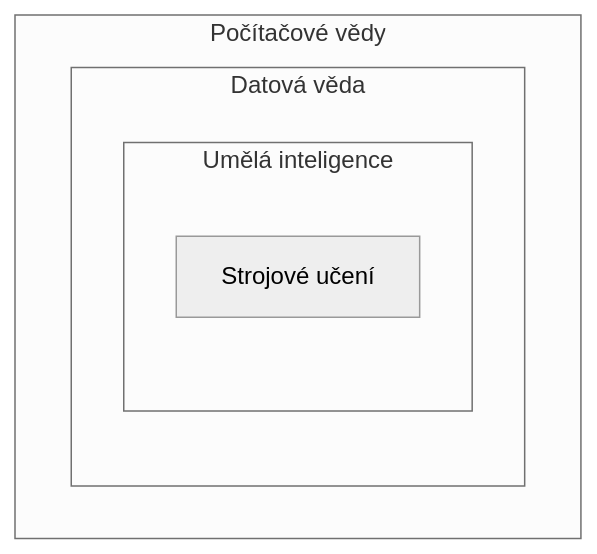
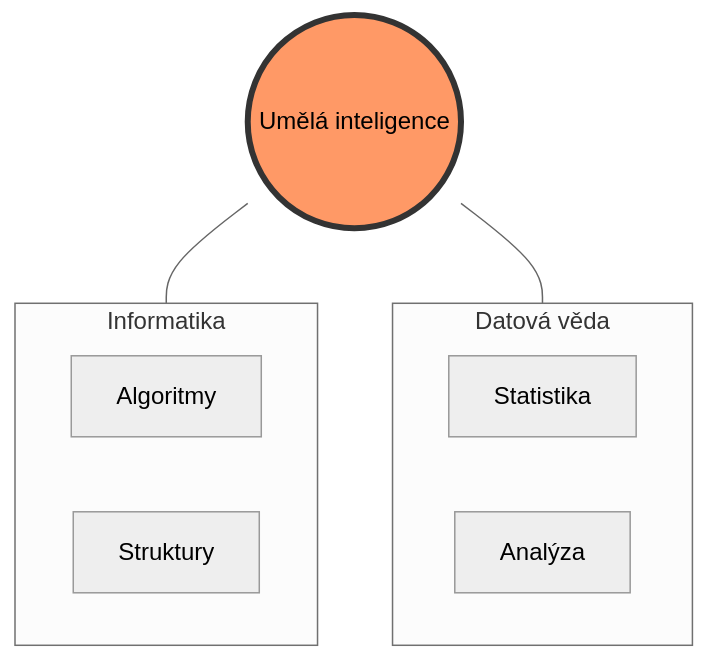
The first of 2 diagrams in src/content/docs/ai/index.md (j-ochmann/j-ochmann.github.io), drawn with Mermaid (neutral theme) before and after one commit.

Commit message:
Update AI diagram and terminology in index.md

````diff
--- a/src/content/docs/ai/index.md
+++ b/src/content/docs/ai/index.md
@@ -13,11 +13,20 @@
 ```mermaid
 graph TD
-    subgraph CS [Počítačové vědy]
-        subgraph DS [Datová věda]
-            subgraph AI [Umělá inteligence]
-                ML[Strojové učení]
-            end
-        end
+    subgraph CS [Informatika]
+        A[Algoritmy]
+        B[Struktury]
     end
 
+    subgraph DS [Datová věda]
+        C[Statistika]
+        D[Analýza]
+    end
+
+    AI((Umělá inteligence))
+
+    %% Vazby definující průnik
+    AI --- CS
+    AI --- DS
+
+    style AI fill:#f96,stroke:#333,stroke-width:4px
 ```
````
